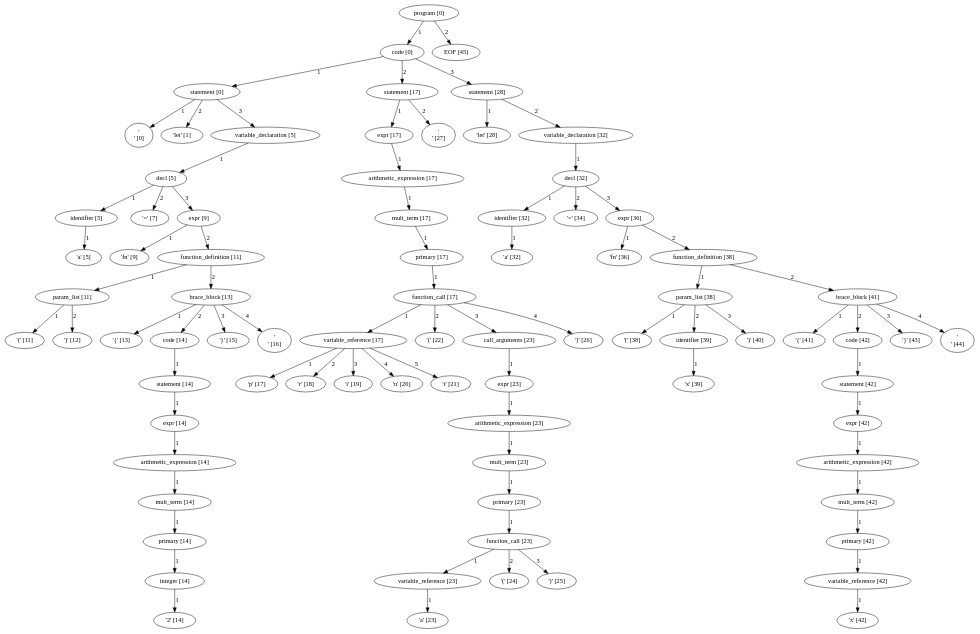
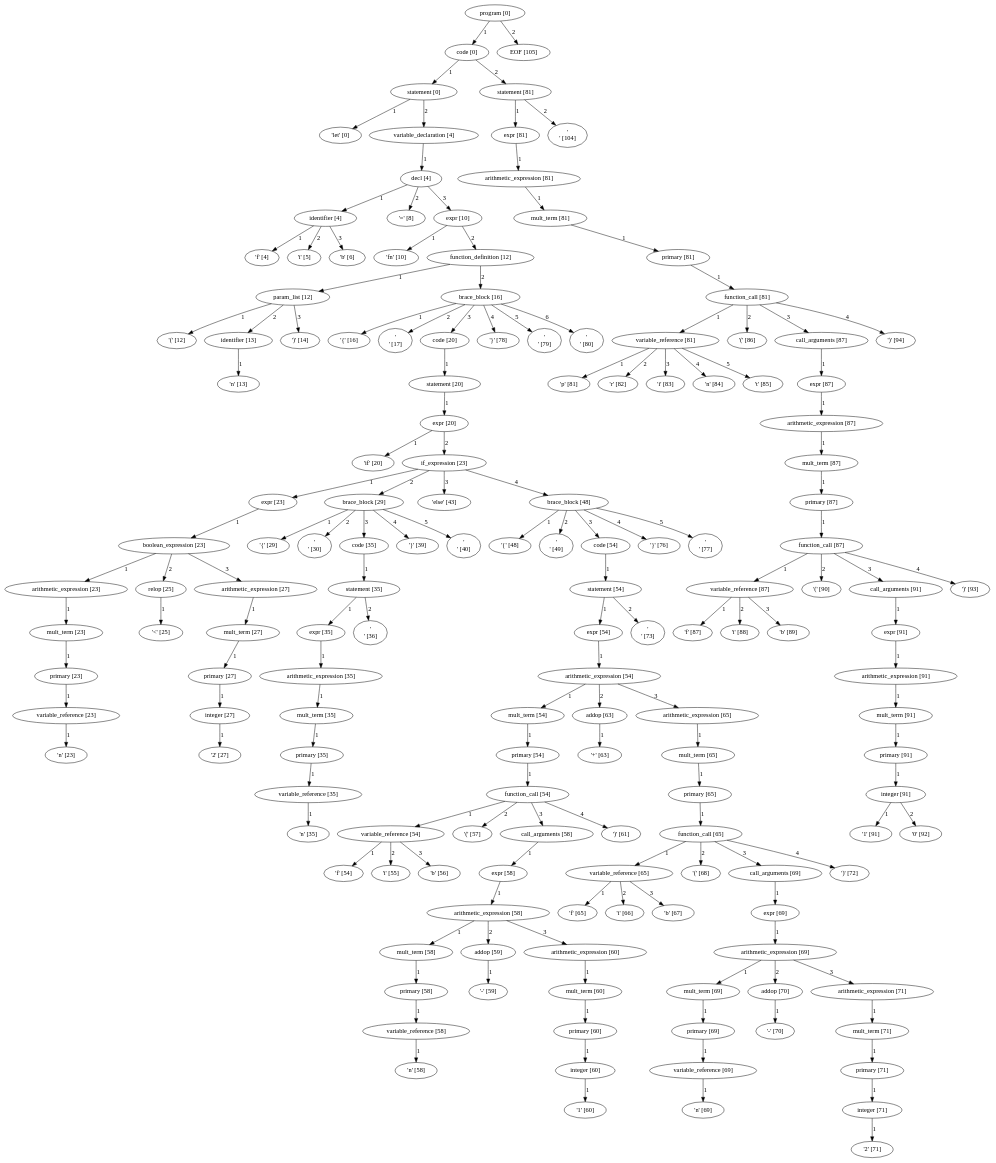
Before and after one commit to pragdave/cs3342_smurf: the diagram in parse_tree.dot, drawn with Graphviz. The commit also changed 2 other files, not shown here.

```diff
--- a/parse_tree.dot
+++ b/parse_tree.dot
@@ -1,243 +1,462 @@
 digraph arpeggio_graph {
-2373306325696 [label="program [0]"];
-2373306325696->2373306325312 [label="1"]
+2393681380032 [label="program [0]"];
+2393681380032->2393681380416 [label="1"]
 
-2373306325312 [label="code [0]"];
-2373306325312->2373306324288 [label="1"]
+2393681380416 [label="code [0]"];
+2393681380416->2393683789248 [label="1"]
 
-2373306324288 [label="statement [0]"];
-2373306324288->2373305941568 [label="1"]
+2393683789248 [label="statement [0]"];
+2393683789248->2393681280576 [label="1"]
 
-2373305941568 [label=" '\n' [0]"];
-2373306324288->2373306229472 [label="2"]
+2393681280576 [label=" 'let' [0]"];
+2393683789248->2393683789120 [label="2"]
 
-2373306229472 [label=" 'let' [1]"];
-2373306324288->2373306324416 [label="3"]
+2393683789120 [label="variable_declaration [4]"];
+2393683789120->2393683790656 [label="1"]
 
-2373306324416 [label="variable_declaration [5]"];
-2373306324416->2373306324800 [label="1"]
+2393683790656 [label="decl [4]"];
+2393683790656->2393681941056 [label="1"]
 
-2373306324800 [label="decl [5]"];
-2373306324800->2373306323520 [label="1"]
+2393681941056 [label="identifier [4]"];
+2393681941056->2393681834496 [label="1"]
 
-2373306323520 [label="identifier [5]"];
-2373306323520->2373306229584 [label="1"]
+2393681834496 [label=" 'f' [4]"];
+2393681941056->2393681834608 [label="2"]
 
-2373306229584 [label=" 'a' [5]"];
-2373306324800->2373306229696 [label="2"]
+2393681834608 [label=" 'i' [5]"];
+2393681941056->2393681834720 [label="3"]
 
-2373306229696 [label=" '=' [7]"];
-2373306324800->2373306324928 [label="3"]
+2393681834720 [label=" 'b' [6]"];
+2393683790656->2393681834832 [label="2"]
 
-2373306324928 [label="expr [9]"];
-2373306324928->2373306229808 [label="1"]
+2393681834832 [label=" '=' [8]"];
+2393683790656->2393683791424 [label="3"]
 
-2373306229808 [label=" 'fn' [9]"];
-2373306324928->2373306325056 [label="2"]
+2393683791424 [label="expr [10]"];
+2393683791424->2393681834944 [label="1"]
 
-2373306325056 [label="function_definition [11]"];
-2373306325056->2373306323648 [label="1"]
+2393681834944 [label=" 'fn' [10]"];
+2393683791424->2393683791296 [label="2"]
 
-2373306323648 [label="param_list [11]"];
-2373306323648->2373306230032 [label="1"]
+2393683791296 [label="function_definition [12]"];
+2393683791296->2393681941440 [label="1"]
 
-2373306230032 [label=" '(' [11]"];
-2373306323648->2373306230144 [label="2"]
+2393681941440 [label="param_list [12]"];
+2393681941440->2393681835056 [label="1"]
 
-2373306230144 [label=" ')' [12]"];
-2373306325056->2373306325184 [label="2"]
+2393681835056 [label=" '(' [12]"];
+2393681941440->2393681941184 [label="2"]
 
-2373306325184 [label="brace_block [13]"];
-2373306325184->2373306229920 [label="1"]
+2393681941184 [label="identifier [13]"];
+2393681941184->2393681835168 [label="1"]
 
-2373306229920 [label=" '{' [13]"];
-2373306325184->2373309104192 [label="2"]
+2393681835168 [label=" 'n' [13]"];
+2393681941440->2393681835280 [label="3"]
 
-2373309104192 [label="code [14]"];
-2373309104192->2373306326848 [label="1"]
+2393681835280 [label=" ')' [14]"];
+2393683791296->2393681942336 [label="2"]
 
-2373306326848 [label="statement [14]"];
-2373306326848->2373306326720 [label="1"]
+2393681942336 [label="brace_block [16]"];
+2393681942336->2393681835392 [label="1"]
 
-2373306326720 [label="expr [14]"];
-2373306326720->2373306326592 [label="1"]
+2393681835392 [label=" '{' [16]"];
+2393681942336->2393681835504 [label="2"]
 
-2373306326592 [label="arithmetic_expression [14]"];
-2373306326592->2373306326464 [label="1"]
+2393681835504 [label=" '\n' [17]"];
+2393681942336->2393681944256 [label="3"]
 
-2373306326464 [label="mult_term [14]"];
-2373306326464->2373306326336 [label="1"]
+2393681944256 [label="code [20]"];
+2393681944256->2393681944384 [label="1"]
 
-2373306326336 [label="primary [14]"];
-2373306326336->2373306326208 [label="1"]
+2393681944384 [label="statement [20]"];
+2393681944384->2393681942208 [label="1"]
 
-2373306326208 [label="integer [14]"];
-2373306326208->2373306231040 [label="1"]
+2393681942208 [label="expr [20]"];
+2393681942208->2393681835952 [label="1"]
 
-2373306231040 [label=" '2' [14]"];
-2373306325184->2373306231152 [label="3"]
+2393681835952 [label=" 'if' [20]"];
+2393681942208->2393681941568 [label="2"]
 
-2373306231152 [label=" '}' [15]"];
-2373306325184->2373306231264 [label="4"]
+2393681941568 [label="if_expression [23]"];
+2393681941568->2393681943872 [label="1"]
 
-2373306231264 [label=" '\n' [16]"];
-2373306325312->2373306325440 [label="2"]
+2393681943872 [label="expr [23]"];
+2393681943872->2393681943744 [label="1"]
 
-2373306325440 [label="statement [17]"];
-2373306325440->2373387918656 [label="1"]
+2393681943744 [label="boolean_expression [23]"];
+2393681943744->2393681943488 [label="1"]
 
-2373387918656 [label="expr [17]"];
-2373387918656->2373387918528 [label="1"]
+2393681943488 [label="arithmetic_expression [23]"];
+2393681943488->2393681943360 [label="1"]
 
-2373387918528 [label="arithmetic_expression [17]"];
-2373387918528->2373387918400 [label="1"]
+2393681943360 [label="mult_term [23]"];
+2393681943360->2393681943232 [label="1"]
 
-2373387918400 [label="mult_term [17]"];
-2373387918400->2373387918272 [label="1"]
+2393681943232 [label="primary [23]"];
+2393681943232->2393681943104 [label="1"]
 
-2373387918272 [label="primary [17]"];
-2373387918272->2373387918144 [label="1"]
+2393681943104 [label="variable_reference [23]"];
+2393681943104->2393681836848 [label="1"]
 
-2373387918144 [label="function_call [17]"];
-2373387918144->2373381151296 [label="1"]
+2393681836848 [label=" 'n' [23]"];
+2393681943744->2393681943616 [label="2"]
 
-2373381151296 [label="variable_reference [17]"];
-2373381151296->2373379311872 [label="1"]
+2393681943616 [label="relop [25]"];
+2393681943616->2393681836960 [label="1"]
 
-2373379311872 [label=" 'p' [17]"];
-2373381151296->2373379311984 [label="2"]
+2393681836960 [label=" '<' [25]"];
+2393681943744->2393681942976 [label="3"]
 
-2373379311984 [label=" 'r' [18]"];
-2373381151296->2373379312096 [label="3"]
+2393681942976 [label="arithmetic_expression [27]"];
+2393681942976->2393681942592 [label="1"]
 
-2373379312096 [label=" 'i' [19]"];
-2373381151296->2373379312208 [label="4"]
+2393681942592 [label="mult_term [27]"];
+2393681942592->2393681942720 [label="1"]
 
-2373379312208 [label=" 'n' [20]"];
-2373381151296->2373379312320 [label="5"]
+2393681942720 [label="primary [27]"];
+2393681942720->2393681942848 [label="1"]
 
-2373379312320 [label=" 't' [21]"];
-2373387918144->2373379312432 [label="2"]
+2393681942848 [label="integer [27]"];
+2393681942848->2393681836400 [label="1"]
 
-2373379312432 [label=" '(' [22]"];
-2373387918144->2373387918016 [label="3"]
+2393681836400 [label=" '2' [27]"];
+2393681941568->2393681941824 [label="2"]
 
-2373387918016 [label="call_arguments [23]"];
-2373387918016->2373387917888 [label="1"]
+2393681941824 [label="brace_block [29]"];
+2393681941824->2393681836064 [label="1"]
 
-2373387917888 [label="expr [23]"];
-2373387917888->2373387917760 [label="1"]
+2393681836064 [label=" '{' [29]"];
+2393681941824->2393681836288 [label="2"]
 
-2373387917760 [label="arithmetic_expression [23]"];
-2373387917760->2373387917632 [label="1"]
+2393681836288 [label=" '\n' [30]"];
+2393681941824->2393681944000 [label="3"]
 
-2373387917632 [label="mult_term [23]"];
-2373387917632->2373387917504 [label="1"]
+2393681944000 [label="code [35]"];
+2393681944000->2393681941952 [label="1"]
 
-2373387917504 [label="primary [23]"];
-2373387917504->2373387917376 [label="1"]
+2393681941952 [label="statement [35]"];
+2393681941952->2393683790400 [label="1"]
 
-2373387917376 [label="function_call [23]"];
-2373387917376->2373387917248 [label="1"]
+2393683790400 [label="expr [35]"];
+2393683790400->2393683790272 [label="1"]
 
-2373387917248 [label="variable_reference [23]"];
-2373387917248->2373387924752 [label="1"]
+2393683790272 [label="arithmetic_expression [35]"];
+2393683790272->2393683790144 [label="1"]
 
-2373387924752 [label=" 'a' [23]"];
-2373387917376->2373387924864 [label="2"]
+2393683790144 [label="mult_term [35]"];
+2393683790144->2393683790016 [label="1"]
 
-2373387924864 [label=" '(' [24]"];
-2373387917376->2373387924976 [label="3"]
+2393683790016 [label="primary [35]"];
+2393683790016->2393683789888 [label="1"]
 
-2373387924976 [label=" ')' [25]"];
-2373387918144->2373387925088 [label="4"]
+2393683789888 [label="variable_reference [35]"];
+2393683789888->2393687347376 [label="1"]
 
-2373387925088 [label=" ')' [26]"];
-2373306325440->2373387925200 [label="2"]
+2393687347376 [label=" 'n' [35]"];
+2393681941952->2393687347488 [label="2"]
 
-2373387925200 [label=" '\n' [27]"];
-2373306325312->2373306326080 [label="3"]
+2393687347488 [label=" '\n' [36]"];
+2393681941824->2393681835728 [label="4"]
 
-2373306326080 [label="statement [28]"];
-2373306326080->2373306232384 [label="1"]
+2393681835728 [label=" '}' [39]"];
+2393681941824->2393681837296 [label="5"]
 
-2373306232384 [label=" 'let' [28]"];
-2373306326080->2373306324672 [label="2"]
+2393681837296 [label=" '\n' [40]"];
+2393681941568->2393681836512 [label="3"]
 
-2373306324672 [label="variable_declaration [32]"];
-2373306324672->2373306836672 [label="1"]
+2393681836512 [label=" 'else' [43]"];
+2393681941568->2393681942464 [label="4"]
 
-2373306836672 [label="decl [32]"];
-2373306836672->2373306323904 [label="1"]
+2393681942464 [label="brace_block [48]"];
+2393681942464->2393681835840 [label="1"]
 
-2373306323904 [label="identifier [32]"];
-2373306323904->2373306232496 [label="1"]
+2393681835840 [label=" '{' [48]"];
+2393681942464->2393681835616 [label="2"]
 
-2373306232496 [label=" 'a' [32]"];
-2373306836672->2373306232608 [label="2"]
+2393681835616 [label=" '\n' [49]"];
+2393681942464->2393681941696 [label="3"]
 
-2373306232608 [label=" '=' [34]"];
-2373306836672->2373306041408 [label="3"]
+2393681941696 [label="code [54]"];
+2393681941696->2393681944128 [label="1"]
 
-2373306041408 [label="expr [36]"];
-2373306041408->2373306230480 [label="1"]
+2393681944128 [label="statement [54]"];
+2393681944128->2393701589056 [label="1"]
 
-2373306230480 [label=" 'fn' [36]"];
-2373306041408->2373306042048 [label="2"]
+2393701589056 [label="expr [54]"];
+2393701589056->2393700990784 [label="1"]
 
-2373306042048 [label="function_definition [38]"];
-2373306042048->2373306324160 [label="1"]
+2393700990784 [label="arithmetic_expression [54]"];
+2393700990784->2393696261184 [label="1"]
 
-2373306324160 [label="param_list [38]"];
-2373306324160->2373306230816 [label="1"]
+2393696261184 [label="mult_term [54]"];
+2393696261184->2393696261056 [label="1"]
 
-2373306230816 [label=" '(' [38]"];
-2373306324160->2373306325952 [label="2"]
+2393696261056 [label="primary [54]"];
+2393696261056->2393696260928 [label="1"]
 
-2373306325952 [label="identifier [39]"];
-2373306325952->2373306231936 [label="1"]
+2393696260928 [label="function_call [54]"];
+2393696260928->2393690209472 [label="1"]
 
-2373306231936 [label=" 'x' [39]"];
-2373306324160->2373306230704 [label="3"]
+2393690209472 [label="variable_reference [54]"];
+2393690209472->2393689386224 [label="1"]
 
-2373306230704 [label=" ')' [40]"];
-2373306042048->2373306041024 [label="2"]
+2393689386224 [label=" 'f' [54]"];
+2393690209472->2393689386336 [label="2"]
 
-2373306041024 [label="brace_block [41]"];
-2373306041024->2373306231376 [label="1"]
+2393689386336 [label=" 'i' [55]"];
+2393690209472->2393689386448 [label="3"]
 
-2373306231376 [label=" '{' [41]"];
-2373306041024->2373309104320 [label="2"]
+2393689386448 [label=" 'b' [56]"];
+2393696260928->2393689386560 [label="2"]
 
-2373309104320 [label="code [42]"];
-2373309104320->2373309105728 [label="1"]
+2393689386560 [label=" '(' [57]"];
+2393696260928->2393696260800 [label="3"]
 
-2373309105728 [label="statement [42]"];
-2373309105728->2373309106240 [label="1"]
+2393696260800 [label="call_arguments [58]"];
+2393696260800->2393696260672 [label="1"]
 
-2373309106240 [label="expr [42]"];
-2373309106240->2373309106368 [label="1"]
+2393696260672 [label="expr [58]"];
+2393696260672->2393696260544 [label="1"]
 
-2373309106368 [label="arithmetic_expression [42]"];
-2373309106368->2373309106496 [label="1"]
+2393696260544 [label="arithmetic_expression [58]"];
+2393696260544->2393695623872 [label="1"]
 
-2373309106496 [label="mult_term [42]"];
-2373309106496->2373309106624 [label="1"]
+2393695623872 [label="mult_term [58]"];
+2393695623872->2393695623744 [label="1"]
 
-2373309106624 [label="primary [42]"];
-2373309106624->2373309106752 [label="1"]
+2393695623744 [label="primary [58]"];
+2393695623744->2393695623616 [label="1"]
 
-2373309106752 [label="variable_reference [42]"];
-2373309106752->2373307186864 [label="1"]
+2393695623616 [label="variable_reference [58]"];
+2393695623616->2393695532080 [label="1"]
 
-2373307186864 [label=" 'x' [42]"];
-2373306041024->2373307186752 [label="3"]
+2393695532080 [label=" 'n' [58]"];
+2393696260544->2393695624000 [label="2"]
 
-2373307186752 [label=" '}' [43]"];
-2373306041024->2373307186304 [label="4"]
+2393695624000 [label="addop [59]"];
+2393695624000->2393695532192 [label="1"]
 
-2373307186304 [label=" '\n' [44]"];
-2373306325696->2373306231488 [label="2"]
+2393695532192 [label=" '-' [59]"];
+2393696260544->2393696260416 [label="3"]
 
-2373306231488 [label="EOF [45]"];
+2393696260416 [label="arithmetic_expression [60]"];
+2393696260416->2393696260288 [label="1"]
+
+2393696260288 [label="mult_term [60]"];
+2393696260288->2393696260160 [label="1"]
+
+2393696260160 [label="primary [60]"];
+2393696260160->2393695625024 [label="1"]
+
+2393695625024 [label="integer [60]"];
+2393695625024->2393695532640 [label="1"]
+
+2393695532640 [label=" '1' [60]"];
+2393696260928->2393695532752 [label="4"]
+
+2393695532752 [label=" ')' [61]"];
+2393700990784->2393696261312 [label="2"]
+
+2393696261312 [label="addop [63]"];
+2393696261312->2393695532864 [label="1"]
+
+2393695532864 [label=" '+' [63]"];
+2393700990784->2393700990656 [label="3"]
+
+2393700990656 [label="arithmetic_expression [65]"];
+2393700990656->2393700990528 [label="1"]
+
+2393700990528 [label="mult_term [65]"];
+2393700990528->2393700990400 [label="1"]
+
+2393700990400 [label="primary [65]"];
+2393700990400->2393700990272 [label="1"]
+
+2393700990272 [label="function_call [65]"];
+2393700990272->2393700214592 [label="1"]
+
+2393700214592 [label="variable_reference [65]"];
+2393700214592->2393700266160 [label="1"]
+
+2393700266160 [label=" 'f' [65]"];
+2393700214592->2393700266272 [label="2"]
+
+2393700266272 [label=" 'i' [66]"];
+2393700214592->2393700266384 [label="3"]
+
+2393700266384 [label=" 'b' [67]"];
+2393700990272->2393700266496 [label="2"]
+
+2393700266496 [label=" '(' [68]"];
+2393700990272->2393700990144 [label="3"]
+
+2393700990144 [label="call_arguments [69]"];
+2393700990144->2393700990016 [label="1"]
+
+2393700990016 [label="expr [69]"];
+2393700990016->2393700989888 [label="1"]
+
+2393700989888 [label="arithmetic_expression [69]"];
+2393700989888->2393700988224 [label="1"]
+
+2393700988224 [label="mult_term [69]"];
+2393700988224->2393700988096 [label="1"]
+
+2393700988096 [label="primary [69]"];
+2393700988096->2393700987968 [label="1"]
+
+2393700987968 [label="variable_reference [69]"];
+2393700987968->2393700267952 [label="1"]
+
+2393700267952 [label=" 'n' [69]"];
+2393700989888->2393700988352 [label="2"]
+
+2393700988352 [label="addop [70]"];
+2393700988352->2393700268064 [label="1"]
+
+2393700268064 [label=" '-' [70]"];
+2393700989888->2393700989760 [label="3"]
+
+2393700989760 [label="arithmetic_expression [71]"];
+2393700989760->2393700989632 [label="1"]
+
+2393700989632 [label="mult_term [71]"];
+2393700989632->2393700989504 [label="1"]
+
+2393700989504 [label="primary [71]"];
+2393700989504->2393700989376 [label="1"]
+
+2393700989376 [label="integer [71]"];
+2393700989376->2393700268512 [label="1"]
+
+2393700268512 [label=" '2' [71]"];
+2393700990272->2393700268624 [label="4"]
+
+2393700268624 [label=" ')' [72]"];
+2393681944128->2393700268736 [label="2"]
+
+2393700268736 [label=" '\n' [73]"];
+2393681942464->2393681837632 [label="4"]
+
+2393681837632 [label=" '}' [76]"];
+2393681942464->2393681837968 [label="5"]
+
+2393681837968 [label=" '\n' [77]"];
+2393681942336->2393681837856 [label="4"]
+
+2393681837856 [label=" '}' [78]"];
+2393681942336->2393681836624 [label="5"]
+
+2393681836624 [label=" '\n' [79]"];
+2393681942336->2393681836736 [label="6"]
+
+2393681836736 [label=" '\n' [80]"];
+2393681380416->2393681381056 [label="2"]
+
+2393681381056 [label="statement [81]"];
+2393681381056->2393718366912 [label="1"]
+
+2393718366912 [label="expr [81]"];
+2393718366912->2393718366784 [label="1"]
+
+2393718366784 [label="arithmetic_expression [81]"];
+2393718366784->2393718366656 [label="1"]
+
+2393718366656 [label="mult_term [81]"];
+2393718366656->2393718366528 [label="1"]
+
+2393718366528 [label="primary [81]"];
+2393718366528->2393718366400 [label="1"]
+
+2393718366400 [label="function_call [81]"];
+2393718366400->2393715371072 [label="1"]
+
+2393715371072 [label="variable_reference [81]"];
+2393715371072->2393715116848 [label="1"]
+
+2393715116848 [label=" 'p' [81]"];
+2393715371072->2393715116960 [label="2"]
+
+2393715116960 [label=" 'r' [82]"];
+2393715371072->2393715117072 [label="3"]
+
+2393715117072 [label=" 'i' [83]"];
+2393715371072->2393715117184 [label="4"]
+
+2393715117184 [label=" 'n' [84]"];
+2393715371072->2393715117296 [label="5"]
+
+2393715117296 [label=" 't' [85]"];
+2393718366400->2393715117408 [label="2"]
+
+2393715117408 [label=" '(' [86]"];
+2393718366400->2393718366272 [label="3"]
+
+2393718366272 [label="call_arguments [87]"];
+2393718366272->2393718030144 [label="1"]
+
+2393718030144 [label="expr [87]"];
+2393718030144->2393718030016 [label="1"]
+
+2393718030016 [label="arithmetic_expression [87]"];
+2393718030016->2393718029888 [label="1"]
+
+2393718029888 [label="mult_term [87]"];
+2393718029888->2393718029760 [label="1"]
+
+2393718029760 [label="primary [87]"];
+2393718029760->2393718029632 [label="1"]
+
+2393718029632 [label="function_call [87]"];
+2393718029632->2393718026432 [label="1"]
+
+2393718026432 [label="variable_reference [87]"];
+2393718026432->2393717550880 [label="1"]
+
+2393717550880 [label=" 'f' [87]"];
+2393718026432->2393717550992 [label="2"]
+
+2393717550992 [label=" 'i' [88]"];
+2393718026432->2393718067264 [label="3"]
+
+2393718067264 [label=" 'b' [89]"];
+2393718029632->2393718067376 [label="2"]
+
+2393718067376 [label=" '(' [90]"];
+2393718029632->2393718029504 [label="3"]
+
+2393718029504 [label="call_arguments [91]"];
+2393718029504->2393718029376 [label="1"]
+
+2393718029376 [label="expr [91]"];
+2393718029376->2393718029248 [label="1"]
+
+2393718029248 [label="arithmetic_expression [91]"];
+2393718029248->2393718029120 [label="1"]
+
+2393718029120 [label="mult_term [91]"];
+2393718029120->2393718028992 [label="1"]
+
+2393718028992 [label="primary [91]"];
+2393718028992->2393718028864 [label="1"]
+
+2393718028864 [label="integer [91]"];
+2393718028864->2393718069056 [label="1"]
+
+2393718069056 [label=" '1' [91]"];
+2393718028864->2393718069168 [label="2"]
+
+2393718069168 [label=" '0' [92]"];
+2393718029632->2393718069280 [label="4"]
+
+2393718069280 [label=" ')' [93]"];
+2393718366400->2393718069392 [label="4"]
+
+2393718069392 [label=" ')' [94]"];
+2393681381056->2393718069504 [label="2"]
+
+2393718069504 [label=" '\n' [104]"];
+2393681380032->2393681837408 [label="2"]
+
+2393681837408 [label="EOF [105]"];
 }
```
